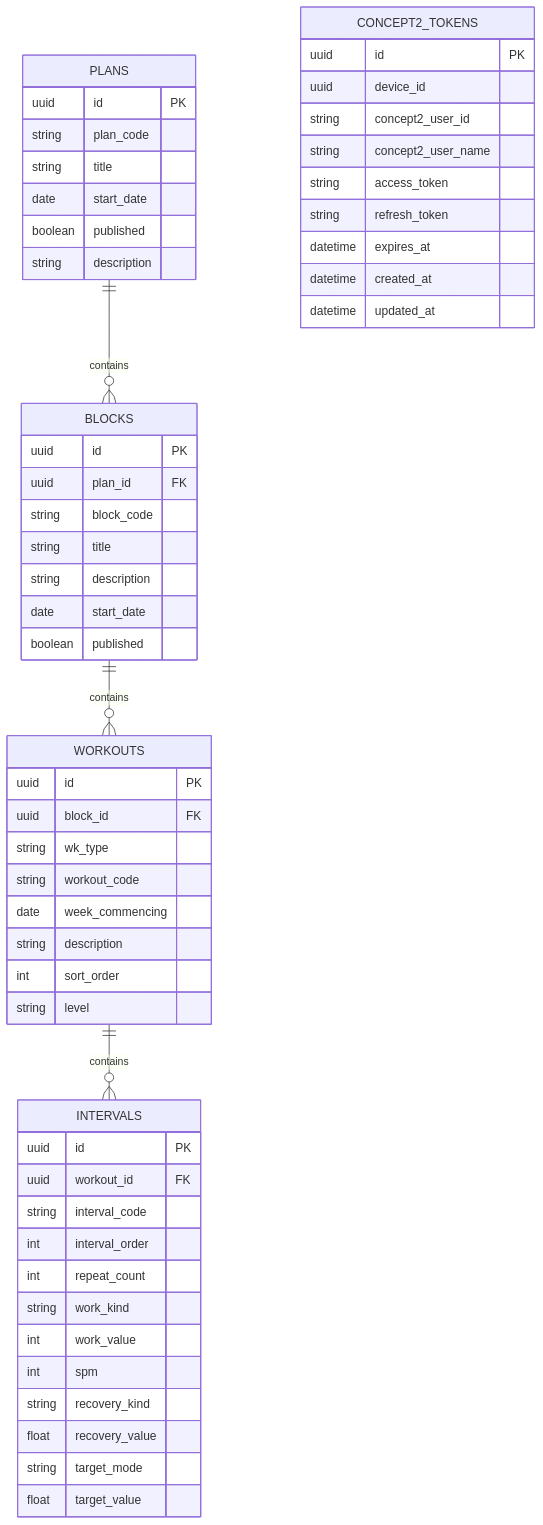
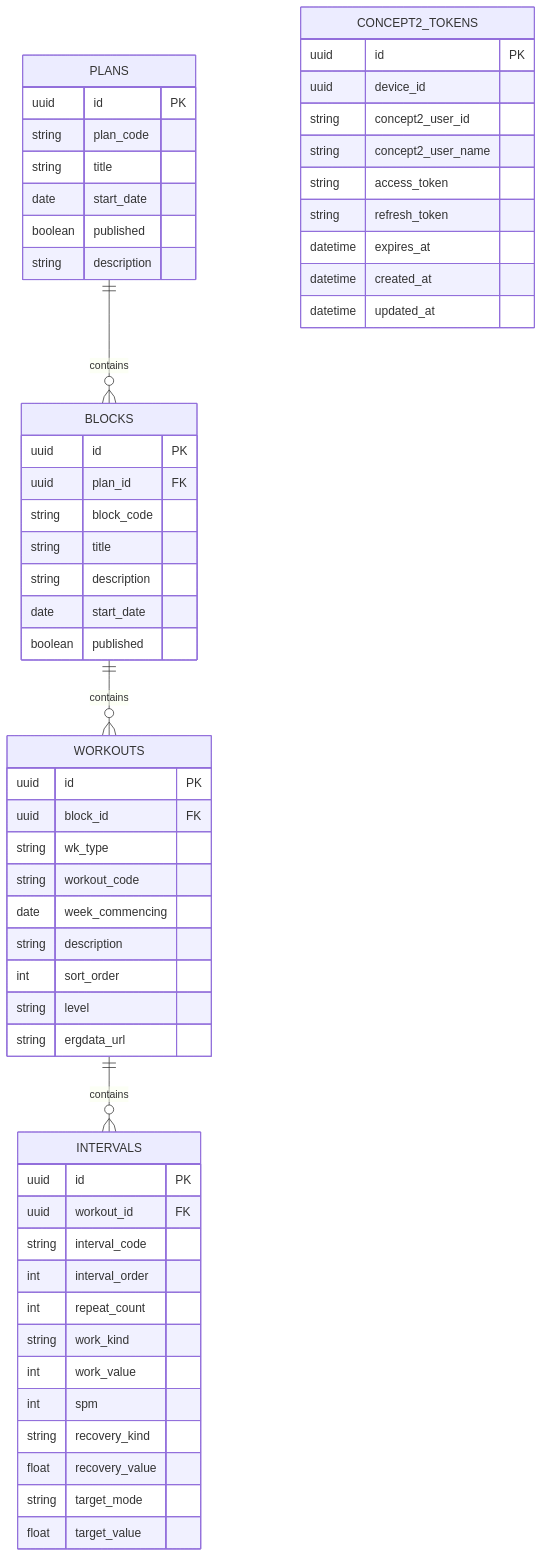
One commit to dxdavidson/nbrctraining changed the diagram in docs/database-schema.md. Above: the diagram before and after it, drawn with Mermaid. The commit also changed 16 other files, not shown here.

Commit message:
Added ergdata_url column to share ErgData workouts and make visible on workouts table

````diff
--- a/docs/database-schema.md
+++ b/docs/database-schema.md
@@ -1,58 +1,59 @@
 ```mermaid
 erDiagram
 	PLANS {
         uuid id PK
 		string plan_code
 		string title
 		date start_date
 		boolean published
 		string description
 	}
 	BLOCKS {
 		uuid id PK
         uuid plan_id FK
 		string block_code 
 		string title
 		string description
 		date start_date
 		boolean published
 	}
 	WORKOUTS {
         uuid id PK
         uuid block_id FK		
 		string wk_type
 		string workout_code
 		date week_commencing
 		string description
 		int sort_order
 		string level
+		string ergdata_url
 	}
 	INTERVALS {
         uuid id PK
         uuid workout_id FK		
 		string interval_code
 		int interval_order
 		int repeat_count
 		string work_kind
 		int work_value
 		int spm
 		string recovery_kind
 		float recovery_value
 		string target_mode
 		float target_value
 	}
 	CONCEPT2_TOKENS {
         uuid id PK
         uuid device_id
         string concept2_user_id
 		string concept2_user_name
         string access_token
         string refresh_token
         datetime expires_at
         datetime created_at
         datetime updated_at
 	}
 	PLANS ||--o{ BLOCKS : contains
 	BLOCKS ||--o{ WORKOUTS : contains
 	WORKOUTS ||--o{ INTERVALS : contains
 ```
````
